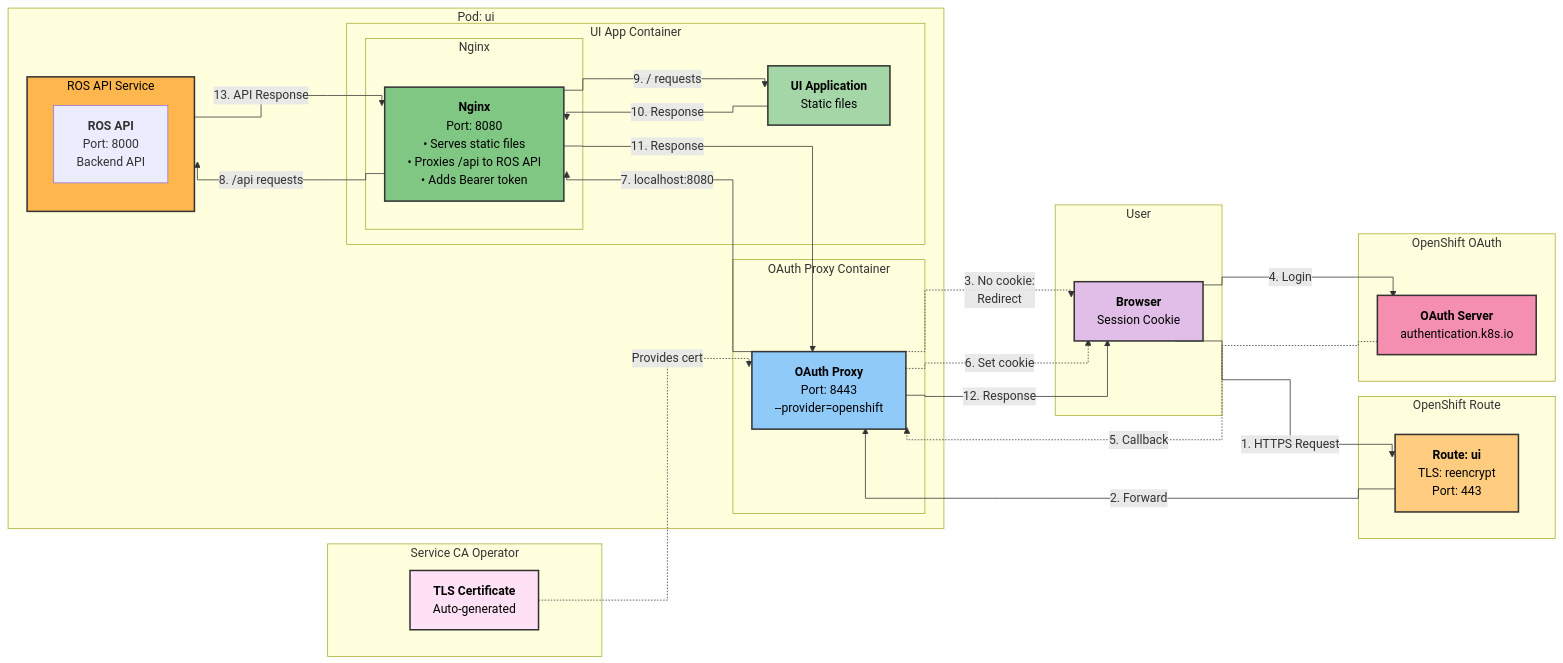
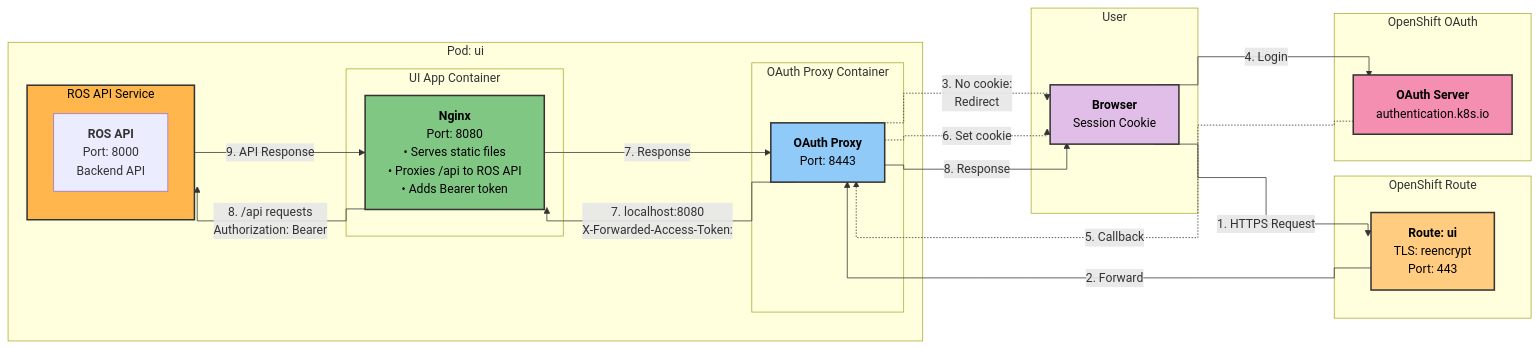
Before and after one commit to jordigilh/ros-helm-chart: the first of 2 diagrams in docs/ui-oauth-authentication.md, drawn with Mermaid. The commit also changed other lines of this file, not shown here.

Commit message:
update flow and graph docs

````diff
--- a/docs/ui-oauth-authentication.md
+++ b/docs/ui-oauth-authentication.md
@@ -38,61 +38,49 @@
 ```mermaid
 %%{init: {'flowchart': {'curve': 'stepAfter'}}}%%
 flowchart LR
     subgraph User["User"]
         U["<b>Browser</b><br/>Session Cookie"]
     end
 
     subgraph Route["OpenShift Route"]
         R["<b>Route: ui</b><br/>TLS: reencrypt<br/>Port: 443"]
     end
 
     subgraph Pod["Pod: ui"]
         subgraph Proxy["OAuth Proxy Container"]
-            P["<b>OAuth Proxy</b><br/>Port: 8443<br/>--provider=openshift"]
+            P["<b>OAuth Proxy</b><br/>Port: 8443"]
         end
 
         subgraph App["UI App Container"]
-            subgraph Nginx["Nginx"]
-                N["<b>Nginx</b><br/>Port: 8080<br/>• Serves static files<br/>• Proxies /api to ROS API<br/>• Adds Bearer token"]
-            end
-            A["<b>UI Application</b><br/>Static files"]
+            N["<b>Nginx</b><br/>Port: 8080<br/>• Serves static files<br/>• Proxies /api to ROS API<br/>• Adds Bearer token"]
         end
 
-        P -->|7. localhost:8080| N
-        N -->|8. /api requests| ROSAPI
-        N -->|9. / requests| A
+        P -->|7. localhost:8080<br/>X-Forwarded-Access-Token: <token>| N
+        N -->|8. /api requests<br/>Authorization: Bearer <token>| ROSAPI
     end
 
     subgraph ROSAPI["ROS API Service"]
         API["<b>ROS API</b><br/>Port: 8000<br/>Backend API"]
     end
 
     subgraph OAuth["OpenShift OAuth"]
         O["<b>OAuth Server</b><br/>authentication.k8s.io"]
     end
 
-    subgraph ServiceCA["Service CA Operator"]
-        CA["<b>TLS Certificate</b><br/>Auto-generated"]
-    end
-
     U -->|1. HTTPS Request| R
     R -->|2. Forward| P
     P -.->|3. No cookie:<br/>Redirect| U
     U -->|4. Login| O
     O -.->|5. Callback| P
     P -.->|6. Set cookie| U
-    A -->|10. Response| N
-    N -->|11. Response| P
-    P -->|12. Response| U
-    ROSAPI -->|13. API Response| N
-    CA -.->|Provides cert| P
+    N -->|7. Response| P
+    P -->|8. Response| U
+    ROSAPI -->|9. API Response| N
 
     style P fill:#90caf9,stroke:#333,stroke-width:2px,color:#000
     style N fill:#81c784,stroke:#333,stroke-width:2px,color:#000
-    style A fill:#a5d6a7,stroke:#333,stroke-width:2px,color:#000
     style ROSAPI fill:#ffb74d,stroke:#333,stroke-width:2px,color:#000
     style O fill:#f48fb1,stroke:#333,stroke-width:2px,color:#000
-    style CA fill:#ffe1f5,stroke:#333,stroke-width:2px,color:#000
     style U fill:#e1bee7,stroke:#333,stroke-width:2px,color:#000
     style R fill:#ffcc80,stroke:#333,stroke-width:2px,color:#000
 ```
````
